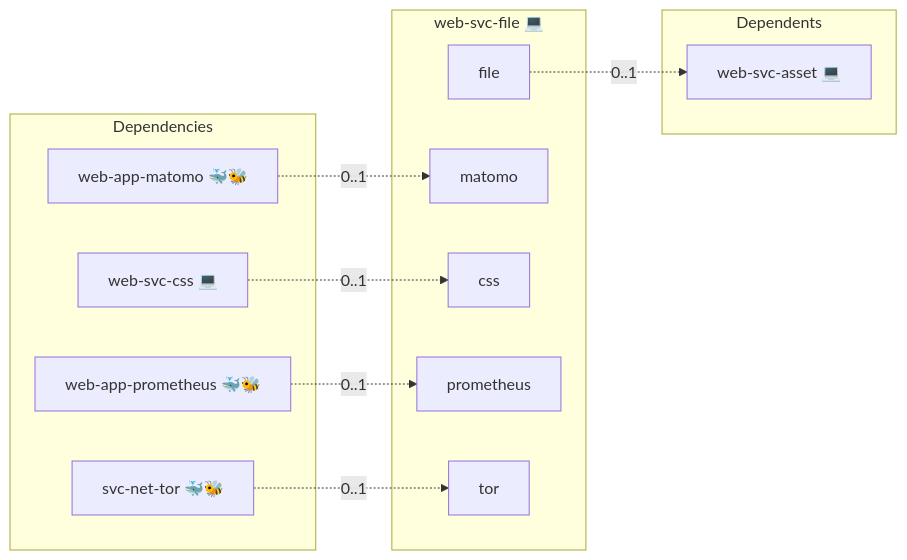
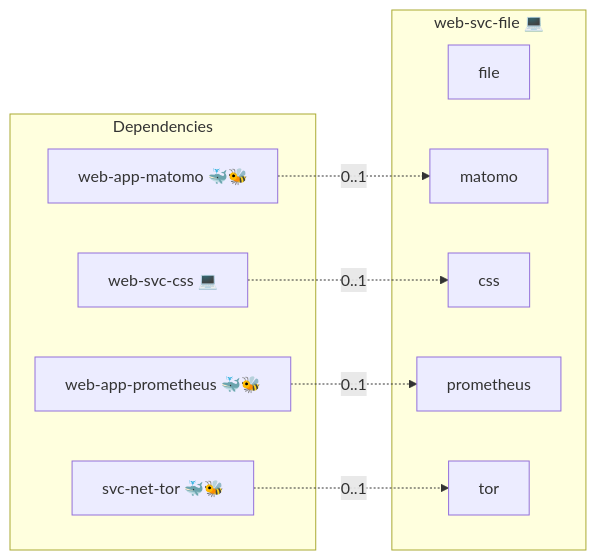
Before and after one commit to AlejandroRomanIbanez/infinito-nexus: the diagram in roles/web-svc-file/README.md, drawn with Mermaid. The commit also changed 3 other files, not shown here.

First line of the commit message:
fix(web-svc-asset): bind web-svc-file as a hard dependency

````diff
--- a/roles/web-svc-file/README.md
+++ b/roles/web-svc-file/README.md
@@ -15,24 +15,20 @@
 ```mermaid
 flowchart LR
     subgraph deps [Dependencies]
         dep_svc_net_tor["svc-net-tor 🐳🐝"]
         dep_web_app_matomo["web-app-matomo 🐳🐝"]
         dep_web_app_prometheus["web-app-prometheus 🐳🐝"]
         dep_web_svc_css["web-svc-css 💻"]
     end
     subgraph role [web-svc-file 💻]
         svc_file["file"]
         svc_matomo["matomo"]
         svc_css["css"]
         svc_prometheus["prometheus"]
         svc_tor["tor"]
     end
-    subgraph dependents [Dependents]
-        dpt_web_svc_asset["web-svc-asset 💻"]
-    end
     dep_svc_net_tor -. "0..1" .-> svc_tor
     dep_web_app_matomo -. "0..1" .-> svc_matomo
     dep_web_app_prometheus -. "0..1" .-> svc_prometheus
     dep_web_svc_css -. "0..1" .-> svc_css
-    svc_file -. "0..1" .-> dpt_web_svc_asset
 ```
````
